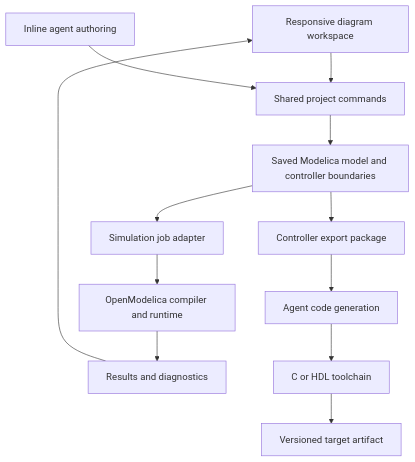
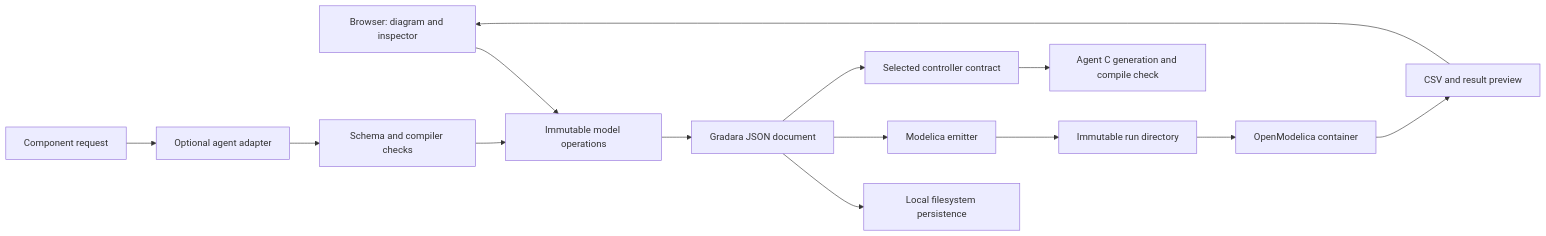
One commit to edgaralejod/gradara changed the diagram in ARCHITECTURE.md. Above: the diagram before and after it, drawn with Mermaid. The commit also changed other lines of this file and 120 other files, not shown here.

````diff
--- a/ARCHITECTURE.md
+++ b/ARCHITECTURE.md
@@ -118,14 +27,16 @@
 ```mermaid
-flowchart TD
-    UI[Responsive diagram workspace] --> EDIT[Shared project commands]
-    AI[Inline agent authoring] --> EDIT
-    EDIT --> MODEL[Saved Modelica model and controller boundaries]
-    MODEL --> JOB[Simulation job adapter]
-    JOB --> OM[OpenModelica compiler and runtime]
-    OM --> RESULT[Results and diagnostics]
+flowchart LR
+    UI[Browser: diagram and inspector] --> CMD[Immutable model operations]
+    CMD --> DOC[Gradara JSON document]
+    DOC --> SAVE[Local filesystem persistence]
+    DOC --> EMIT[Modelica emitter]
+    EMIT --> JOB[Immutable run directory]
+    JOB --> OM[OpenModelica container]
+    OM --> RESULT[CSV and result preview]
     RESULT --> UI
-    MODEL --> SPEC[Controller export package]
-    SPEC --> GEN[Agent code generation]
-    GEN --> BUILD[C or HDL toolchain]
-    BUILD --> ART[Versioned target artifact]
+    ASK[Component request] --> AGENT[Optional agent adapter]
+    AGENT --> CHECK[Schema and compiler checks]
+    CHECK --> CMD
+    DOC --> EXPORT[Selected controller contract]
+    EXPORT --> C[Agent C generation and compile check]
 ```
````
